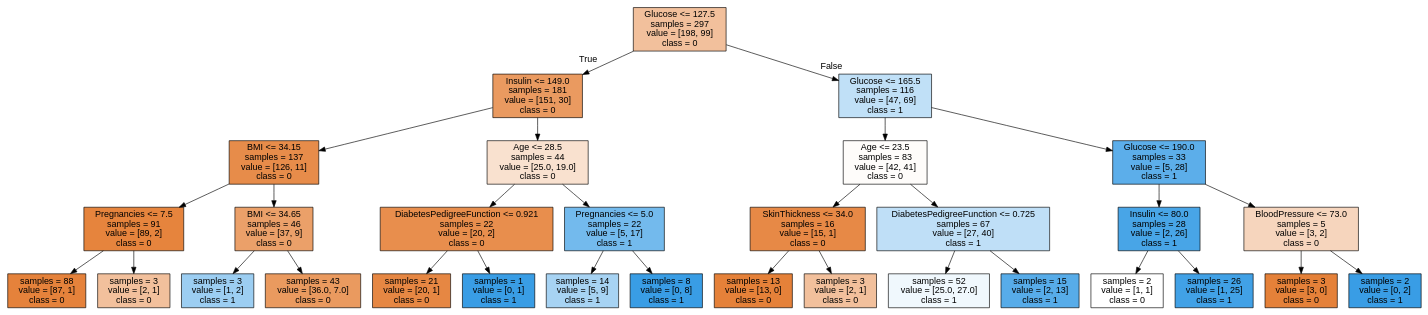
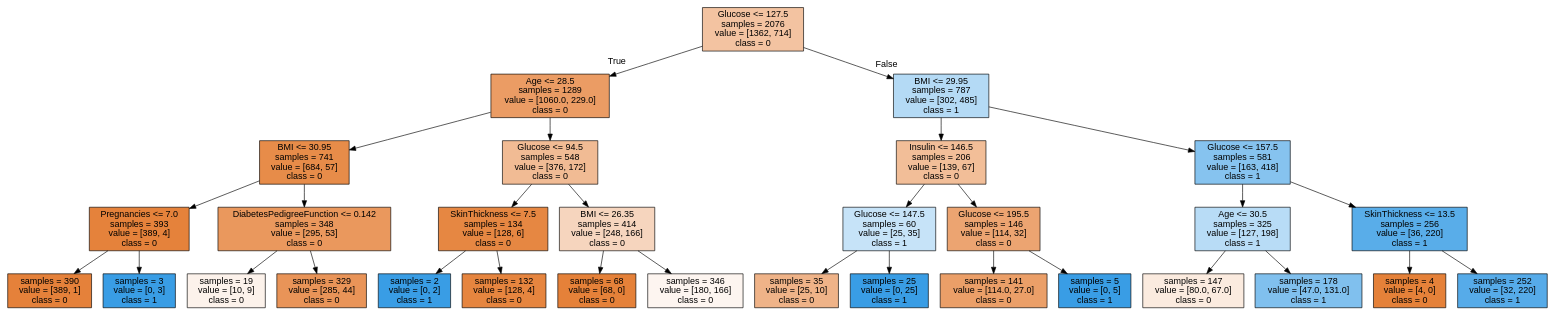
Before and after one commit to rakaputra12/Data_Exploration_Diabetes: the diagram in diabetes_tree.dot, drawn with Graphviz. The commit also changed 124 other files, not shown here.

```diff
--- a/diabetes_tree.dot
+++ b/diabetes_tree.dot
@@ -1,65 +1,65 @@
 digraph Tree {
 node [shape=box, style="filled", color="black", fontname="helvetica"] ;
 edge [fontname="helvetica"] ;
-0 [label="Glucose <= 127.5\nsamples = 297\nvalue = [198, 99]\nclass = 0", fillcolor="#f2c09c"] ;
-1 [label="Insulin <= 149.0\nsamples = 181\nvalue = [151, 30]\nclass = 0", fillcolor="#ea9a60"] ;
+0 [label="Glucose <= 127.5\nsamples = 2076\nvalue = [1362, 714]\nclass = 0", fillcolor="#f3c3a1"] ;
+1 [label="Age <= 28.5\nsamples = 1289\nvalue = [1060.0, 229.0]\nclass = 0", fillcolor="#eb9c64"] ;
 0 -> 1 [labeldistance=2.5, labelangle=45, headlabel="True"] ;
-2 [label="BMI <= 34.15\nsamples = 137\nvalue = [126, 11]\nclass = 0", fillcolor="#e78c4a"] ;
+2 [label="BMI <= 30.95\nsamples = 741\nvalue = [684, 57]\nclass = 0", fillcolor="#e78c49"] ;
 1 -> 2 ;
-3 [label="Pregnancies <= 7.5\nsamples = 91\nvalue = [89, 2]\nclass = 0", fillcolor="#e6843d"] ;
+3 [label="Pregnancies <= 7.0\nsamples = 393\nvalue = [389, 4]\nclass = 0", fillcolor="#e5823b"] ;
 2 -> 3 ;
-4 [label="samples = 88\nvalue = [87, 1]\nclass = 0", fillcolor="#e5823b"] ;
+4 [label="samples = 390\nvalue = [389, 1]\nclass = 0", fillcolor="#e5813a"] ;
 3 -> 4 ;
-5 [label="samples = 3\nvalue = [2, 1]\nclass = 0", fillcolor="#f2c09c"] ;
+5 [label="samples = 3\nvalue = [0, 3]\nclass = 1", fillcolor="#399de5"] ;
 3 -> 5 ;
-6 [label="BMI <= 34.65\nsamples = 46\nvalue = [37, 9]\nclass = 0", fillcolor="#eba069"] ;
+6 [label="DiabetesPedigreeFunction <= 0.142\nsamples = 348\nvalue = [295, 53]\nclass = 0", fillcolor="#ea985d"] ;
 2 -> 6 ;
-7 [label="samples = 3\nvalue = [1, 2]\nclass = 1", fillcolor="#9ccef2"] ;
+7 [label="samples = 19\nvalue = [10, 9]\nclass = 0", fillcolor="#fcf2eb"] ;
 6 -> 7 ;
-8 [label="samples = 43\nvalue = [36.0, 7.0]\nclass = 0", fillcolor="#ea9a5f"] ;
+8 [label="samples = 329\nvalue = [285, 44]\nclass = 0", fillcolor="#e99458"] ;
 6 -> 8 ;
-9 [label="Age <= 28.5\nsamples = 44\nvalue = [25.0, 19.0]\nclass = 0", fillcolor="#f9e1cf"] ;
+9 [label="Glucose <= 94.5\nsamples = 548\nvalue = [376, 172]\nclass = 0", fillcolor="#f1bb94"] ;
 1 -> 9 ;
-10 [label="DiabetesPedigreeFunction <= 0.921\nsamples = 22\nvalue = [20, 2]\nclass = 0", fillcolor="#e88e4d"] ;
+10 [label="SkinThickness <= 7.5\nsamples = 134\nvalue = [128, 6]\nclass = 0", fillcolor="#e68742"] ;
 9 -> 10 ;
-11 [label="samples = 21\nvalue = [20, 1]\nclass = 0", fillcolor="#e68743"] ;
+11 [label="samples = 2\nvalue = [0, 2]\nclass = 1", fillcolor="#399de5"] ;
 10 -> 11 ;
-12 [label="samples = 1\nvalue = [0, 1]\nclass = 1", fillcolor="#399de5"] ;
+12 [label="samples = 132\nvalue = [128, 4]\nclass = 0", fillcolor="#e6853f"] ;
 10 -> 12 ;
-13 [label="Pregnancies <= 5.0\nsamples = 22\nvalue = [5, 17]\nclass = 1", fillcolor="#73baed"] ;
+13 [label="BMI <= 26.35\nsamples = 414\nvalue = [248, 166]\nclass = 0", fillcolor="#f6d5be"] ;
 9 -> 13 ;
-14 [label="samples = 14\nvalue = [5, 9]\nclass = 1", fillcolor="#a7d3f3"] ;
+14 [label="samples = 68\nvalue = [68, 0]\nclass = 0", fillcolor="#e58139"] ;
 13 -> 14 ;
-15 [label="samples = 8\nvalue = [0, 8]\nclass = 1", fillcolor="#399de5"] ;
+15 [label="samples = 346\nvalue = [180, 166]\nclass = 0", fillcolor="#fdf5f0"] ;
 13 -> 15 ;
-16 [label="Glucose <= 165.5\nsamples = 116\nvalue = [47, 69]\nclass = 1", fillcolor="#c0e0f7"] ;
+16 [label="BMI <= 29.95\nsamples = 787\nvalue = [302, 485]\nclass = 1", fillcolor="#b4daf5"] ;
 0 -> 16 [labeldistance=2.5, labelangle=-45, headlabel="False"] ;
-17 [label="Age <= 23.5\nsamples = 83\nvalue = [42, 41]\nclass = 0", fillcolor="#fefcfa"] ;
+17 [label="Insulin <= 146.5\nsamples = 206\nvalue = [139, 67]\nclass = 0", fillcolor="#f2be98"] ;
 16 -> 17 ;
-18 [label="SkinThickness <= 34.0\nsamples = 16\nvalue = [15, 1]\nclass = 0", fillcolor="#e78946"] ;
+18 [label="Glucose <= 147.5\nsamples = 60\nvalue = [25, 35]\nclass = 1", fillcolor="#c6e3f8"] ;
 17 -> 18 ;
-19 [label="samples = 13\nvalue = [13, 0]\nclass = 0", fillcolor="#e58139"] ;
+19 [label="samples = 35\nvalue = [25, 10]\nclass = 0", fillcolor="#efb388"] ;
 18 -> 19 ;
-20 [label="samples = 3\nvalue = [2, 1]\nclass = 0", fillcolor="#f2c09c"] ;
+20 [label="samples = 25\nvalue = [0, 25]\nclass = 1", fillcolor="#399de5"] ;
 18 -> 20 ;
-21 [label="DiabetesPedigreeFunction <= 0.725\nsamples = 67\nvalue = [27, 40]\nclass = 1", fillcolor="#bfdff7"] ;
+21 [label="Glucose <= 195.5\nsamples = 146\nvalue = [114, 32]\nclass = 0", fillcolor="#eca471"] ;
 17 -> 21 ;
-22 [label="samples = 52\nvalue = [25.0, 27.0]\nclass = 1", fillcolor="#f0f8fd"] ;
+22 [label="samples = 141\nvalue = [114.0, 27.0]\nclass = 0", fillcolor="#eb9f68"] ;
 21 -> 22 ;
-23 [label="samples = 15\nvalue = [2, 13]\nclass = 1", fillcolor="#57ace9"] ;
+23 [label="samples = 5\nvalue = [0, 5]\nclass = 1", fillcolor="#399de5"] ;
 21 -> 23 ;
-24 [label="Glucose <= 190.0\nsamples = 33\nvalue = [5, 28]\nclass = 1", fillcolor="#5caeea"] ;
+24 [label="Glucose <= 157.5\nsamples = 581\nvalue = [163, 418]\nclass = 1", fillcolor="#86c3ef"] ;
 16 -> 24 ;
-25 [label="Insulin <= 80.0\nsamples = 28\nvalue = [2, 26]\nclass = 1", fillcolor="#48a5e7"] ;
+25 [label="Age <= 30.5\nsamples = 325\nvalue = [127, 198]\nclass = 1", fillcolor="#b8dcf6"] ;
 24 -> 25 ;
-26 [label="samples = 2\nvalue = [1, 1]\nclass = 0", fillcolor="#ffffff"] ;
+26 [label="samples = 147\nvalue = [80.0, 67.0]\nclass = 0", fillcolor="#fbebdf"] ;
 25 -> 26 ;
-27 [label="samples = 26\nvalue = [1, 25]\nclass = 1", fillcolor="#41a1e6"] ;
+27 [label="samples = 178\nvalue = [47.0, 131.0]\nclass = 1", fillcolor="#80c0ee"] ;
 25 -> 27 ;
-28 [label="BloodPressure <= 73.0\nsamples = 5\nvalue = [3, 2]\nclass = 0", fillcolor="#f6d5bd"] ;
+28 [label="SkinThickness <= 13.5\nsamples = 256\nvalue = [36, 220]\nclass = 1", fillcolor="#59ade9"] ;
 24 -> 28 ;
-29 [label="samples = 3\nvalue = [3, 0]\nclass = 0", fillcolor="#e58139"] ;
+29 [label="samples = 4\nvalue = [4, 0]\nclass = 0", fillcolor="#e58139"] ;
 28 -> 29 ;
-30 [label="samples = 2\nvalue = [0, 2]\nclass = 1", fillcolor="#399de5"] ;
+30 [label="samples = 252\nvalue = [32, 220]\nclass = 1", fillcolor="#56abe9"] ;
 28 -> 30 ;
 }
```
